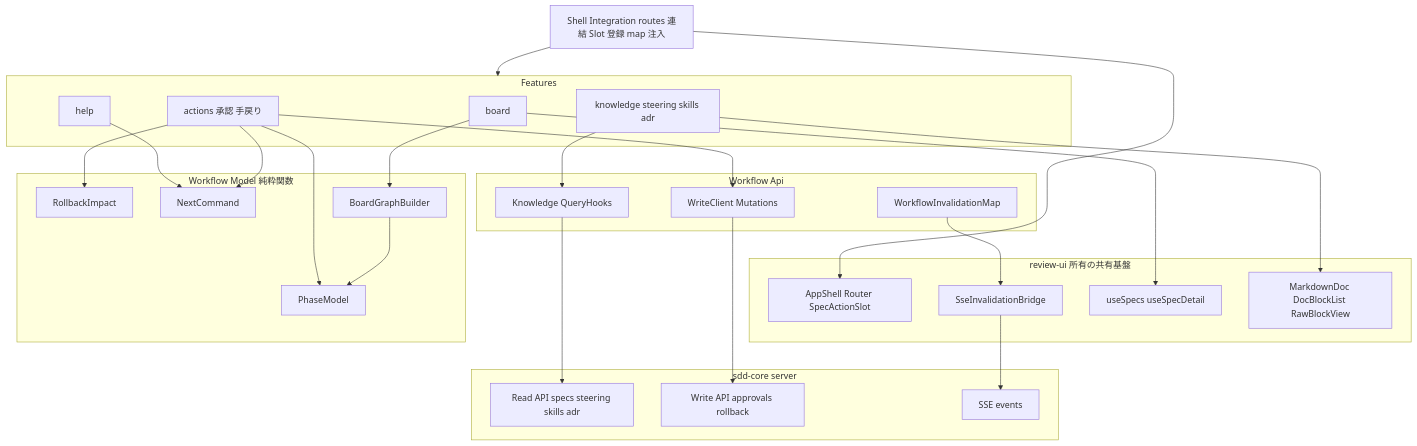
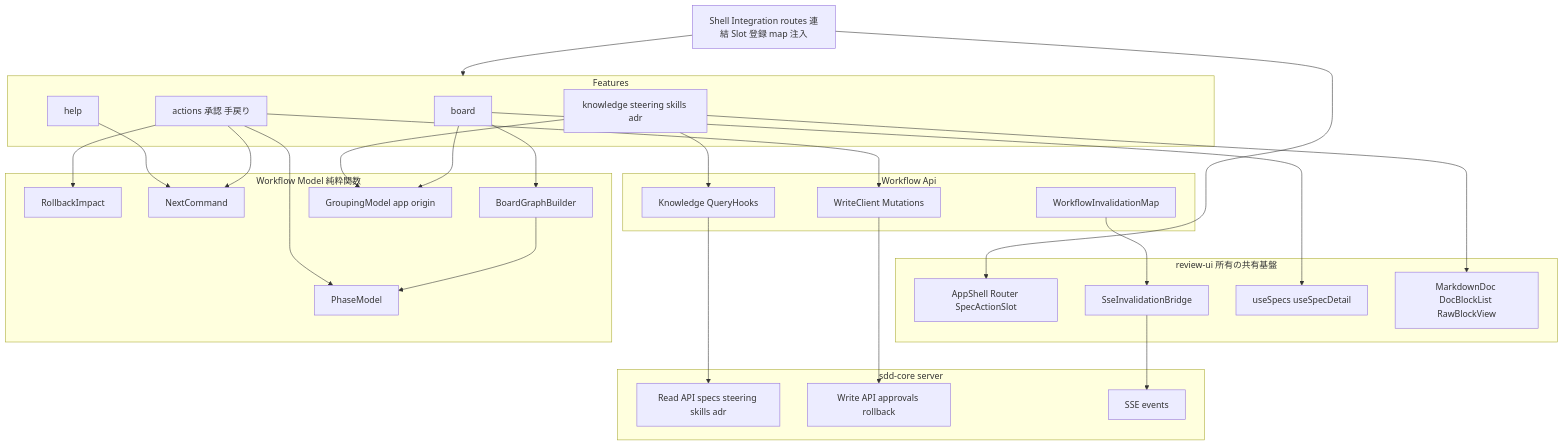
The first of 3 diagrams in .kiro/specs/sdd-workflow-ui/design.md (PrimeBrains/sdd-workshop), drawn with Mermaid before and after one commit. The commit also changed other lines of this file and 11 other files, not shown here.

````diff
--- a/.kiro/specs/sdd-workflow-ui/design.md
+++ b/.kiro/specs/sdd-workflow-ui/design.md
@@ -73,49 +73,52 @@
 ```mermaid
 graph TB
     subgraph Server[sdd-core server]
         ReadApi[Read API specs steering skills adr]
         WriteApi[Write API approvals rollback]
         Sse[SSE events]
     end
     subgraph ReviewUI[review-ui 所有の共有基盤]
         Shell[AppShell Router SpecActionSlot]
         Bridge[SseInvalidationBridge]
         ReadHooks[useSpecs useSpecDetail]
         Md[MarkdownDoc DocBlockList RawBlockView]
     end
     subgraph Model[Workflow Model 純粋関数]
         Phase[PhaseModel]
         Impact[RollbackImpact]
         NextCmd[NextCommand]
         Graph[BoardGraphBuilder]
+        Grouping[GroupingModel app origin]
     end
     subgraph WApi[Workflow Api]
         Write[WriteClient Mutations]
         KHooks[Knowledge QueryHooks]
         IMap[WorkflowInvalidationMap]
     end
     subgraph Features
         Board[board]
         Actions[actions 承認 手戻り]
         Help[help]
         Knowledge[knowledge steering skills adr]
     end
     Integration[Shell Integration routes 連結 Slot 登録 map 注入]
 
     Write --> WriteApi
     KHooks --> ReadApi
     IMap --> Bridge
     Bridge --> Sse
     Board --> Graph
+    Board --> Grouping
     Board --> ReadHooks
     Graph --> Phase
+    Knowledge --> Grouping
     Actions --> Phase
     Actions --> Impact
     Actions --> NextCmd
     Actions --> Write
     Help --> NextCmd
     Knowledge --> KHooks
     Knowledge --> Md
     Integration --> Features
     Integration --> Shell
 ```
````
